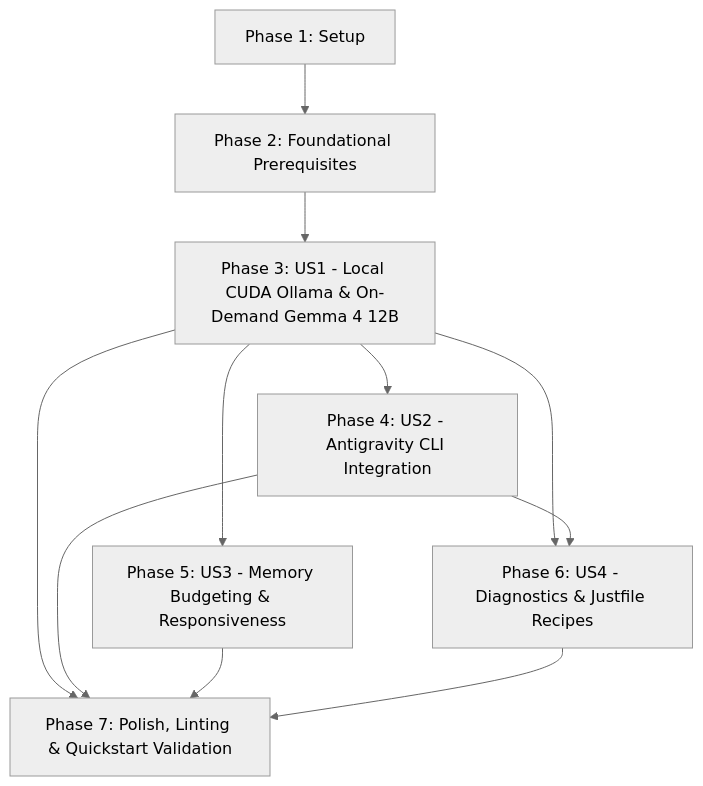
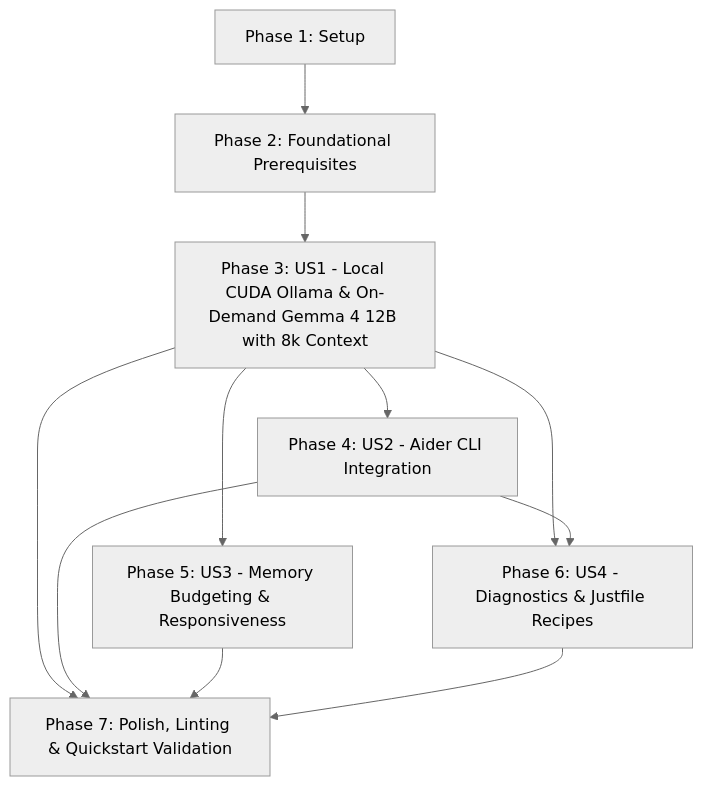
The diagram in specs/004-local-gemma-antigravity/tasks.md (lvaylet/my-desktop-nixos-config), drawn with Mermaid (neutral theme) before and after one commit. The commit also changed other lines of this file and 13 other files, not shown here.

Commit message:
feat: replace Antigravity CLI with Aider + use 8k context window with Gemma 4 12B 8-bit

````diff
--- a/specs/004-local-gemma-antigravity/tasks.md
+++ b/specs/004-local-gemma-antigravity/tasks.md
@@ -122,13 +123,13 @@
 ```mermaid
 graph TD
     P1[Phase 1: Setup] --> P2[Phase 2: Foundational Prerequisites]
-    P2 --> US1[Phase 3: US1 - Local CUDA Ollama & On-Demand Gemma 4 12B]
-    US1 --> US2[Phase 4: US2 - Antigravity CLI Integration]
+    P2 --> US1[Phase 3: US1 - Local CUDA Ollama & On-Demand Gemma 4 12B with 8k Context]
+    US1 --> US2[Phase 4: US2 - Aider CLI Integration]
     US1 --> US3[Phase 5: US3 - Memory Budgeting & Responsiveness]
     US1 --> US4[Phase 6: US4 - Diagnostics & Justfile Recipes]
     US2 --> US4
     US1 --> Polish[Phase 7: Polish, Linting & Quickstart Validation]
     US2 --> Polish
     US3 --> Polish
     US4 --> Polish
 ```
````
